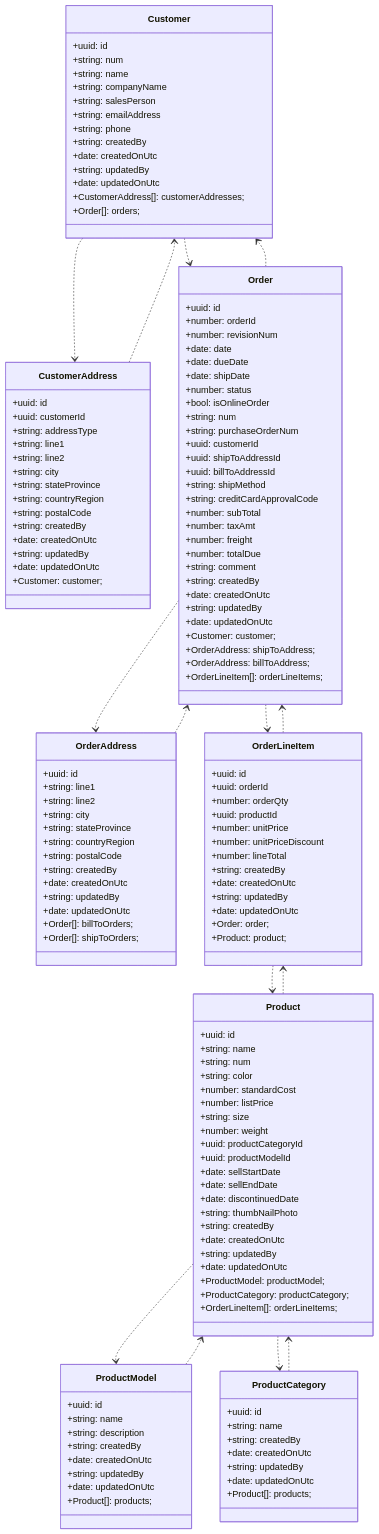
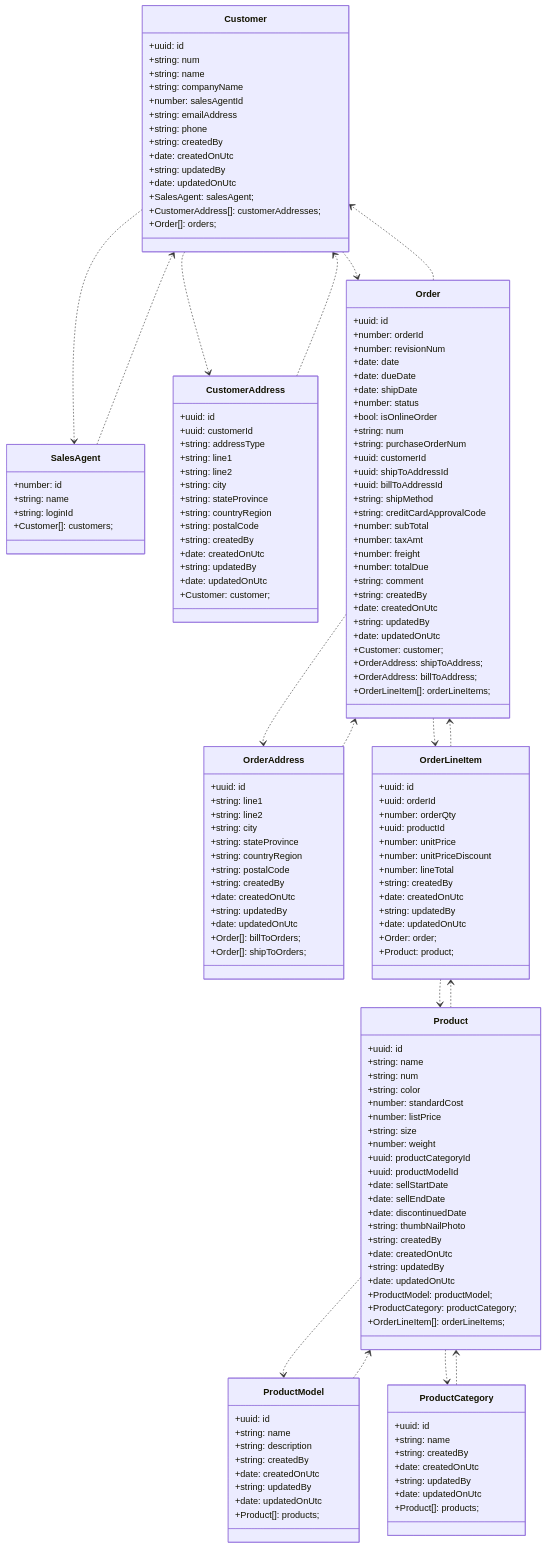
One commit to ikemtz/AngularMonoRepo changed the diagram in src/apps/adventure-works/diagrams/webapi/class-diagram.md. Above: the diagram before and after it, drawn with Mermaid. The commit also changed other lines of this file and 41 other files, not shown here.

First line of the commit message:
Bug fix on schematics (reducer) (#405)

````diff
--- a/src/apps/adventure-works/diagrams/webapi/class-diagram.md
+++ b/src/apps/adventure-works/diagrams/webapi/class-diagram.md
@@ -1,6 +1,7 @@
 ```mermaid
 classDiagram
 
+  Customer ..> SalesAgent
   Customer ..> CustomerAddress
   Customer ..> Order
   CustomerAddress ..> Customer
@@ -15,19 +16,21 @@
   Product ..> OrderLineItem
   ProductCategory ..> Product
   ProductModel ..> Product
+  SalesAgent ..> Customer
 
   class Customer{
     +uuid: id
     +string: num
     +string: name
     +string: companyName
-    +string: salesPerson
+    +number: salesAgentId
     +string: emailAddress
     +string: phone
     +string: createdBy
     +date: createdOnUtc
     +string: updatedBy
     +date: updatedOnUtc
+    +SalesAgent: salesAgent;
     +CustomerAddress[]: customerAddresses;
     +Order[]: orders;
   }
@@ -149,4 +152,10 @@
     +date: updatedOnUtc
     +Product[]: products;
   }
+  class SalesAgent{
+    +number: id
+    +string: name
+    +string: loginId
+    +Customer[]: customers;
+  }
 ```
````
